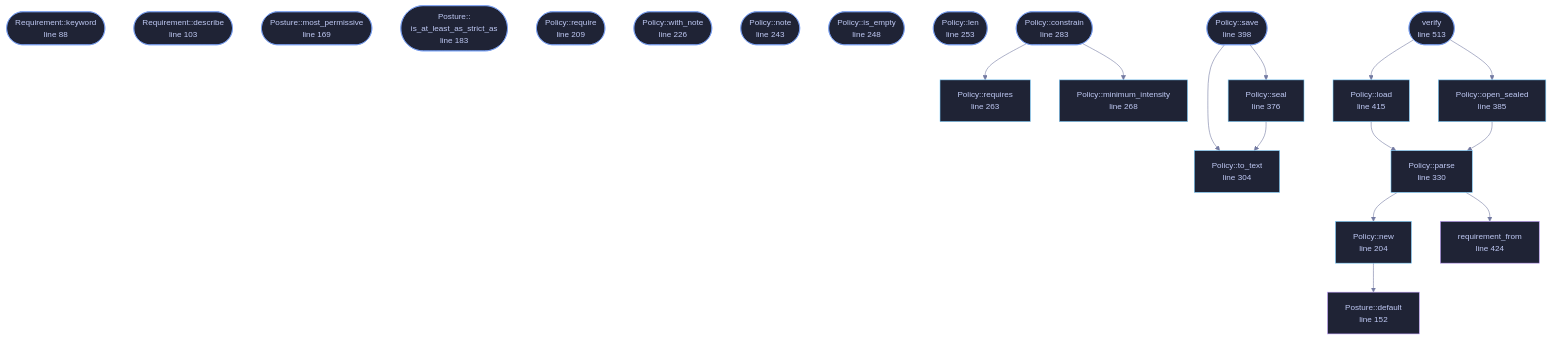
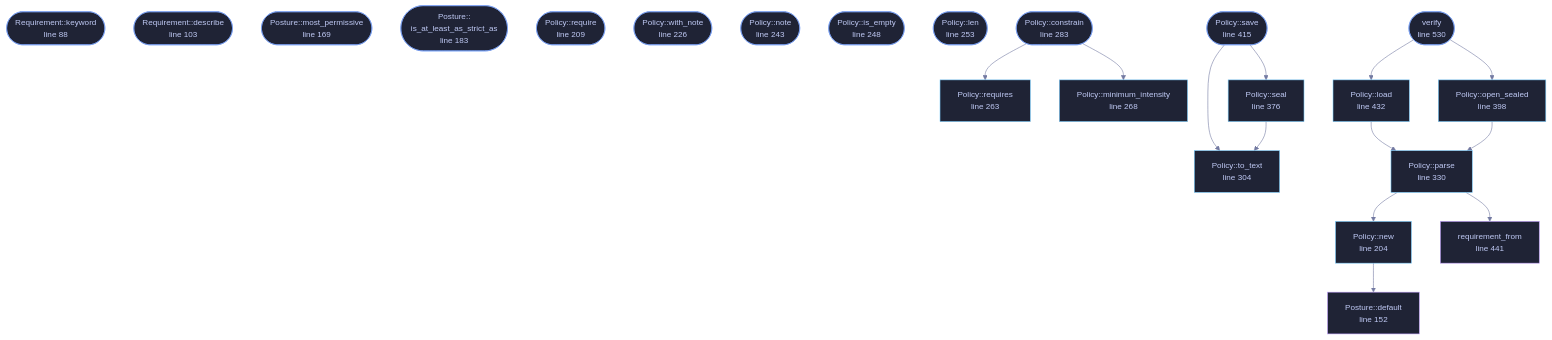
The diagram in wiki/File-veilvoice-policy-policy.md (tilas01/veilvoice), drawn with Mermaid before and after one commit. The commit also changed other lines of this file and 44 other files, not shown here.

````diff
--- a/wiki/File-veilvoice-policy-policy.md
+++ b/wiki/File-veilvoice-policy-policy.md
@@ -110,66 +110,66 @@
 ```mermaid
 %%{init: {"theme":"base","themeVariables":{"background":"#1a1b26","primaryColor":"#1f2335","primaryTextColor":"#c0caf5","primaryBorderColor":"#7aa2f7","secondaryColor":"#16161e","tertiaryColor":"#16161e","lineColor":"#737aa2","textColor":"#c0caf5","mainBkg":"#1f2335","nodeBorder":"#7aa2f7","clusterBkg":"#16161e","clusterBorder":"#2f3549","fontFamily":"ui-monospace, SFMono-Regular, Consolas, monospace","fontSize":"14px"}}}%%
 flowchart TD
     n_keyword(["Requirement::keyword<br/>line 88"])
     n_describe(["Requirement::describe<br/>line 103"])
     n_default["Posture::default<br/>line 152"]
     n_most_permissive(["Posture::most_permissive<br/>line 169"])
     n_is_at_least_as_strict_as(["Posture::<br/>is_at_least_as_strict_as<br/>line 183"])
     n_new["Policy::new<br/>line 204"]
     n_require(["Policy::require<br/>line 209"])
     n_with_note(["Policy::with_note<br/>line 226"])
     n_note(["Policy::note<br/>line 243"])
     n_is_empty(["Policy::is_empty<br/>line 248"])
     n_len(["Policy::len<br/>line 253"])
     n_requires["Policy::requires<br/>line 263"]
     n_minimum_intensity["Policy::minimum_intensity<br/>line 268"]
     n_constrain(["Policy::constrain<br/>line 283"])
     n_to_text["Policy::to_text<br/>line 304"]
     n_parse["Policy::parse<br/>line 330"]
     n_seal["Policy::seal<br/>line 376"]
-    n_open_sealed["Policy::open_sealed<br/>line 385"]
-    n_save(["Policy::save<br/>line 398"])
-    n_load["Policy::load<br/>line 415"]
-    n_requirement_from["requirement_from<br/>line 424"]
-    n_verify(["verify<br/>line 513"])
+    n_open_sealed["Policy::open_sealed<br/>line 398"]
+    n_save(["Policy::save<br/>line 415"])
+    n_load["Policy::load<br/>line 432"]
+    n_requirement_from["requirement_from<br/>line 441"]
+    n_verify(["verify<br/>line 530"])
     n_constrain --> n_minimum_intensity
     n_constrain --> n_requires
     n_load --> n_parse
     n_new --> n_default
     n_open_sealed --> n_parse
     n_parse --> n_new
     n_parse --> n_requirement_from
     n_save --> n_seal
     n_save --> n_to_text
     n_seal --> n_to_text
     n_verify --> n_load
     n_verify --> n_open_sealed
     click n_keyword href "https://github.com/tilas01/veilvoice/blob/main/crates/veilvoice-policy/src/policy.rs#L88" "open the source"
     click n_describe href "https://github.com/tilas01/veilvoice/blob/main/crates/veilvoice-policy/src/policy.rs#L103" "open the source"
     click n_default href "https://github.com/tilas01/veilvoice/blob/main/crates/veilvoice-policy/src/policy.rs#L152" "open the source"
     click n_most_permissive href "https://github.com/tilas01/veilvoice/blob/main/crates/veilvoice-policy/src/policy.rs#L169" "open the source"
     click n_is_at_least_as_strict_as href "https://github.com/tilas01/veilvoice/blob/main/crates/veilvoice-policy/src/policy.rs#L183" "open the source"
     click n_new href "https://github.com/tilas01/veilvoice/blob/main/crates/veilvoice-policy/src/policy.rs#L204" "open the source"
     click n_require href "https://github.com/tilas01/veilvoice/blob/main/crates/veilvoice-policy/src/policy.rs#L209" "open the source"
     click n_with_note href "https://github.com/tilas01/veilvoice/blob/main/crates/veilvoice-policy/src/policy.rs#L226" "open the source"
     click n_note href "https://github.com/tilas01/veilvoice/blob/main/crates/veilvoice-policy/src/policy.rs#L243" "open the source"
     click n_is_empty href "https://github.com/tilas01/veilvoice/blob/main/crates/veilvoice-policy/src/policy.rs#L248" "open the source"
     click n_len href "https://github.com/tilas01/veilvoice/blob/main/crates/veilvoice-policy/src/policy.rs#L253" "open the source"
     click n_requires href "https://github.com/tilas01/veilvoice/blob/main/crates/veilvoice-policy/src/policy.rs#L263" "open the source"
     click n_minimum_intensity href "https://github.com/tilas01/veilvoice/blob/main/crates/veilvoice-policy/src/policy.rs#L268" "open the source"
     click n_constrain href "https://github.com/tilas01/veilvoice/blob/main/crates/veilvoice-policy/src/policy.rs#L283" "open the source"
     click n_to_text href "https://github.com/tilas01/veilvoice/blob/main/crates/veilvoice-policy/src/policy.rs#L304" "open the source"
     click n_parse href "https://github.com/tilas01/veilvoice/blob/main/crates/veilvoice-policy/src/policy.rs#L330" "open the source"
     click n_seal href "https://github.com/tilas01/veilvoice/blob/main/crates/veilvoice-policy/src/policy.rs#L376" "open the source"
-    click n_open_sealed href "https://github.com/tilas01/veilvoice/blob/main/crates/veilvoice-policy/src/policy.rs#L385" "open the source"
-    click n_save href "https://github.com/tilas01/veilvoice/blob/main/crates/veilvoice-policy/src/policy.rs#L398" "open the source"
-    click n_load href "https://github.com/tilas01/veilvoice/blob/main/crates/veilvoice-policy/src/policy.rs#L415" "open the source"
-    click n_requirement_from href "https://github.com/tilas01/veilvoice/blob/main/crates/veilvoice-policy/src/policy.rs#L424" "open the source"
-    click n_verify href "https://github.com/tilas01/veilvoice/blob/main/crates/veilvoice-policy/src/policy.rs#L513" "open the source"
+    click n_open_sealed href "https://github.com/tilas01/veilvoice/blob/main/crates/veilvoice-policy/src/policy.rs#L398" "open the source"
+    click n_save href "https://github.com/tilas01/veilvoice/blob/main/crates/veilvoice-policy/src/policy.rs#L415" "open the source"
+    click n_load href "https://github.com/tilas01/veilvoice/blob/main/crates/veilvoice-policy/src/policy.rs#L432" "open the source"
+    click n_requirement_from href "https://github.com/tilas01/veilvoice/blob/main/crates/veilvoice-policy/src/policy.rs#L441" "open the source"
+    click n_verify href "https://github.com/tilas01/veilvoice/blob/main/crates/veilvoice-policy/src/policy.rs#L530" "open the source"
     classDef entry fill:#1f2335,stroke:#7aa2f7,color:#c0caf5
     class n_keyword,n_describe,n_most_permissive,n_is_at_least_as_strict_as,n_require,n_with_note,n_note,n_is_empty,n_len,n_constrain,n_save,n_verify entry
     classDef api fill:#1f2335,stroke:#7dcfff,color:#c0caf5
     class n_new,n_requires,n_minimum_intensity,n_to_text,n_parse,n_seal,n_open_sealed,n_load api
     classDef helper fill:#1f2335,stroke:#bb9af7,color:#c0caf5
     class n_default,n_requirement_from helper
 ```
````
